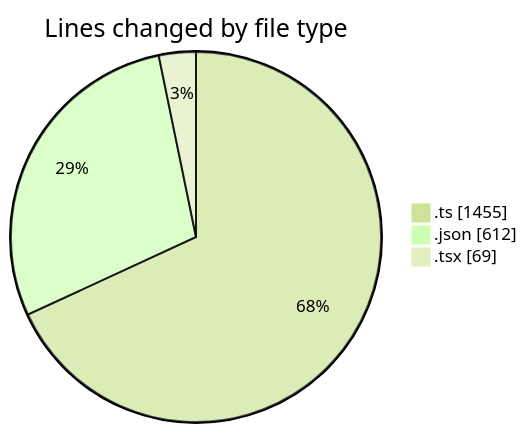
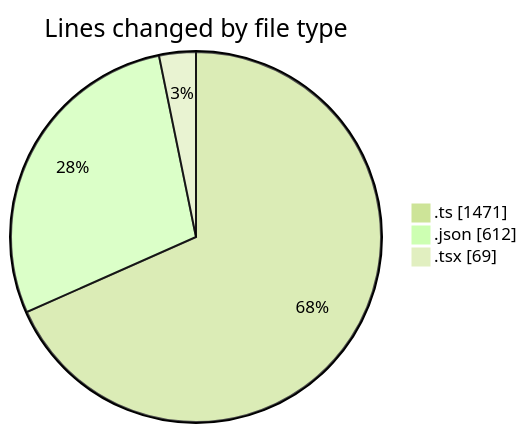
One commit to momahboobian/code-tracking changed the first of 2 diagrams in 2025-10-22/cda/README.md. Above: the diagram before and after it, drawn with Mermaid (forest theme). The commit also changed other lines of this file and 1 other file, not shown here.

````diff
--- a/2025-10-22/cda/README.md
+++ b/2025-10-22/cda/README.md
@@ -28,7 +28,7 @@
 ```mermaid
 pie showData
 title Lines changed by file type
-".ts" : 1455
+".ts" : 1471
 ".json" : 612
 ".tsx" : 69
 ```
````
